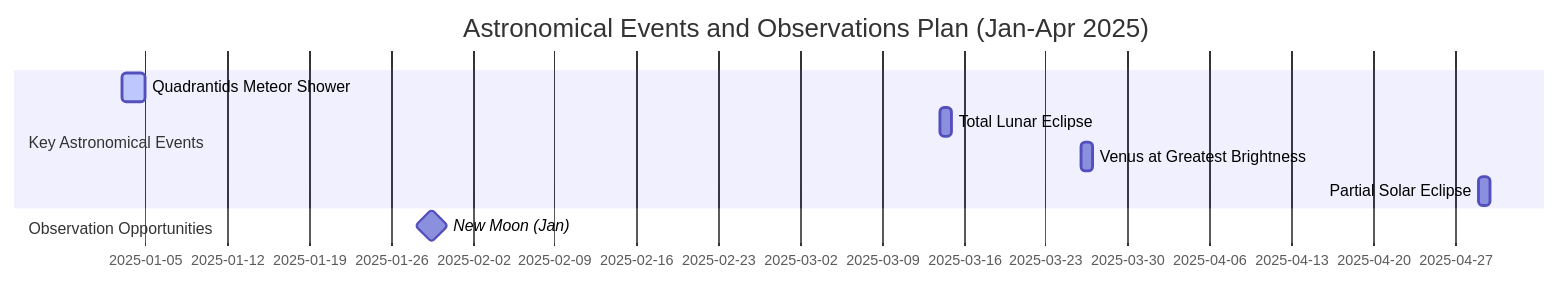
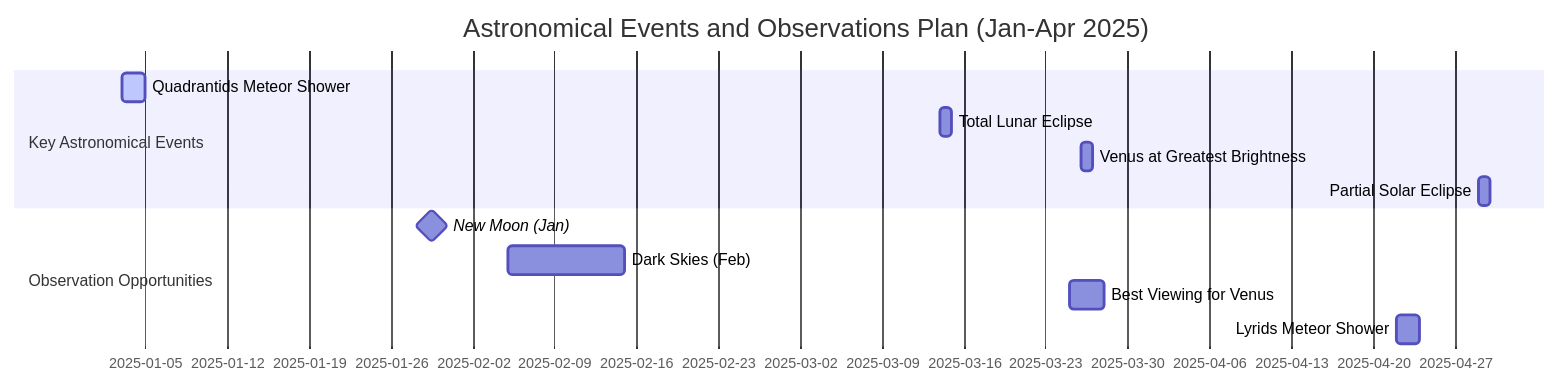
The diagram in slides/Slides.md (upyesp/aas), drawn with Mermaid before and after one commit.

```diff
--- a/slides/Slides.md
+++ b/slides/Slides.md
@@ -68,12 +68,15 @@
 <div class="mermaid">
 gantt
     title Astronomical Events and Observations Plan (Jan-Apr 2025)
     dateFormat YYYY-MM-DD
     section Key Astronomical Events
         Quadrantids Meteor Shower    :active, ev1, 2025-01-03, 2d
         Total Lunar Eclipse          :ev2, 2025-03-14, 1d
         Venus at Greatest Brightness :ev3, 2025-03-26, 1d
         Partial Solar Eclipse        :ev4, 2025-04-29, 1d
     section Observation Opportunities
         New Moon (Jan)               :milestone, nm1, 2025-01-29, 1d
+        Dark Skies (Feb)             :op1, 2025-02-05, 10d
+        Best Viewing for Venus       :op2, 2025-03-25, 3d
+        Lyrids Meteor Shower         :op3, 2025-04-22, 2d
 </div>
```
